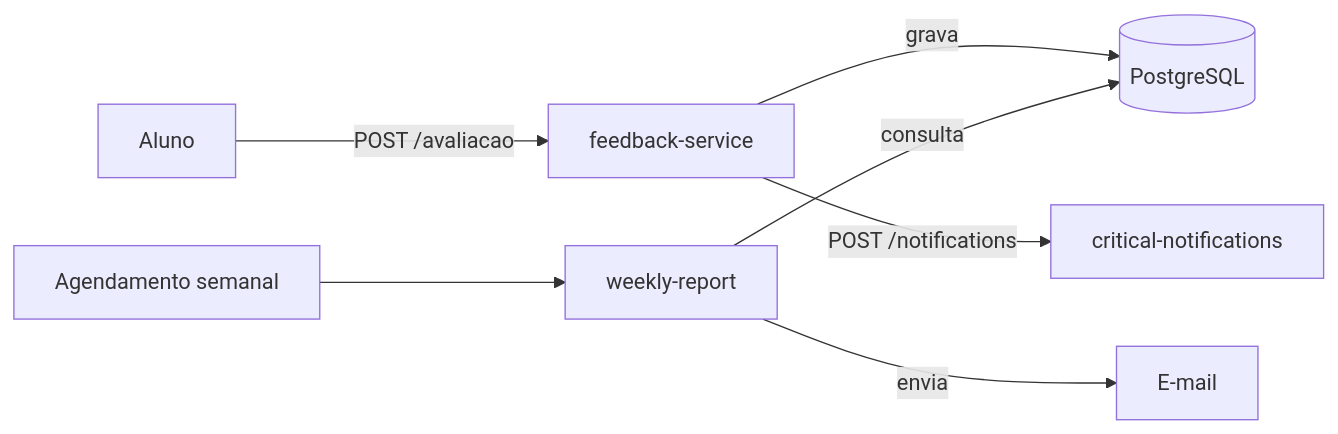
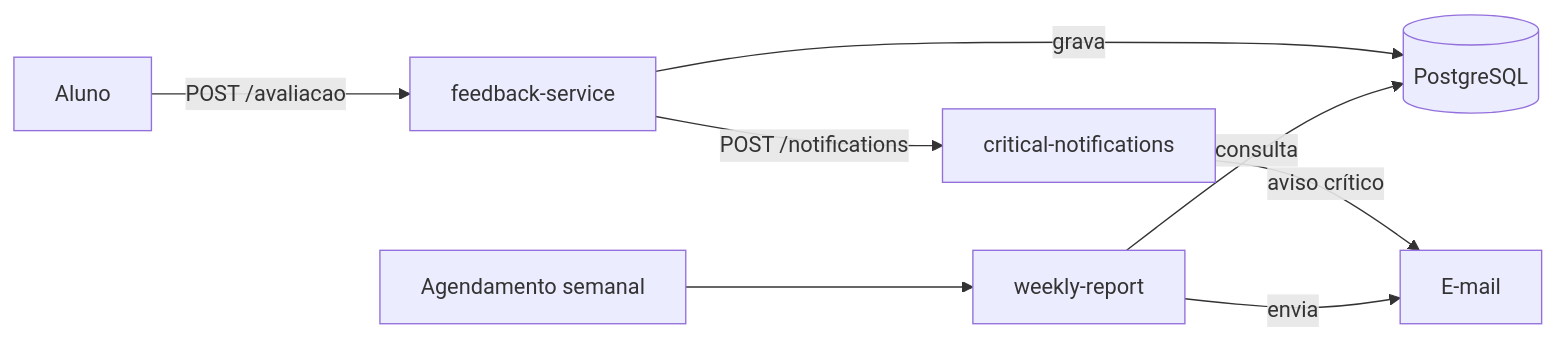
One commit to gabrielresan/fiap-tc-4 changed the diagram in README.md. Above: the diagram before and after it, drawn with Mermaid. The commit also changed other lines of this file and 2 other files, not shown here.

````diff
--- a/README.md
+++ b/README.md
@@ -7,9 +7,10 @@
 ```mermaid
 flowchart LR
     aluno[Aluno] -->|POST /avaliacao| feedback[feedback-service]
     feedback -->|grava| banco[(PostgreSQL)]
     feedback -->|POST /notifications| avisos[critical-notifications]
+    avisos -->|aviso crítico| email
     agenda[Agendamento semanal] --> relatorio[weekly-report]
     relatorio -->|consulta| banco
     relatorio -->|envia| email[E-mail]
 ```
````
